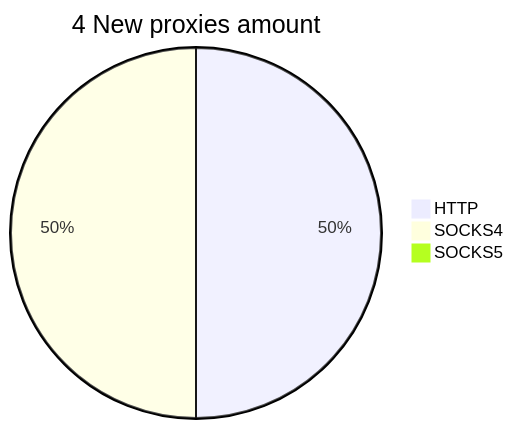
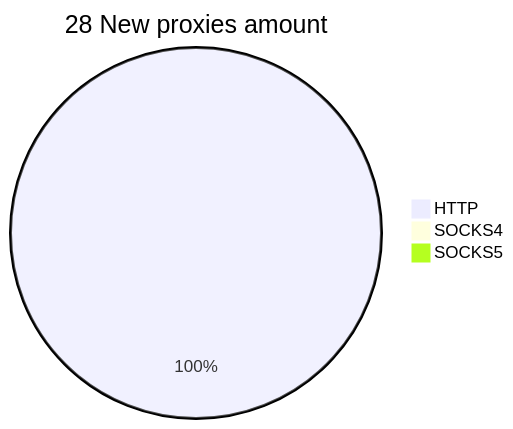
One commit to cutipu/proxylist changed the second of 2 diagrams in README.md. Above: the diagram before and after it, drawn with Mermaid. The commit also changed other lines of this file, not shown here.

````diff
--- a/README.md
+++ b/README.md
@@ -10,6 +10,6 @@
 ```mermaid
-pie title 4 New proxies amount
-    "HTTP" : 2
-    "SOCKS4" : 2
+pie title 28 New proxies amount
+    "HTTP" : 28
+    "SOCKS4" : 0
     "SOCKS5" : 0
 ```
````
